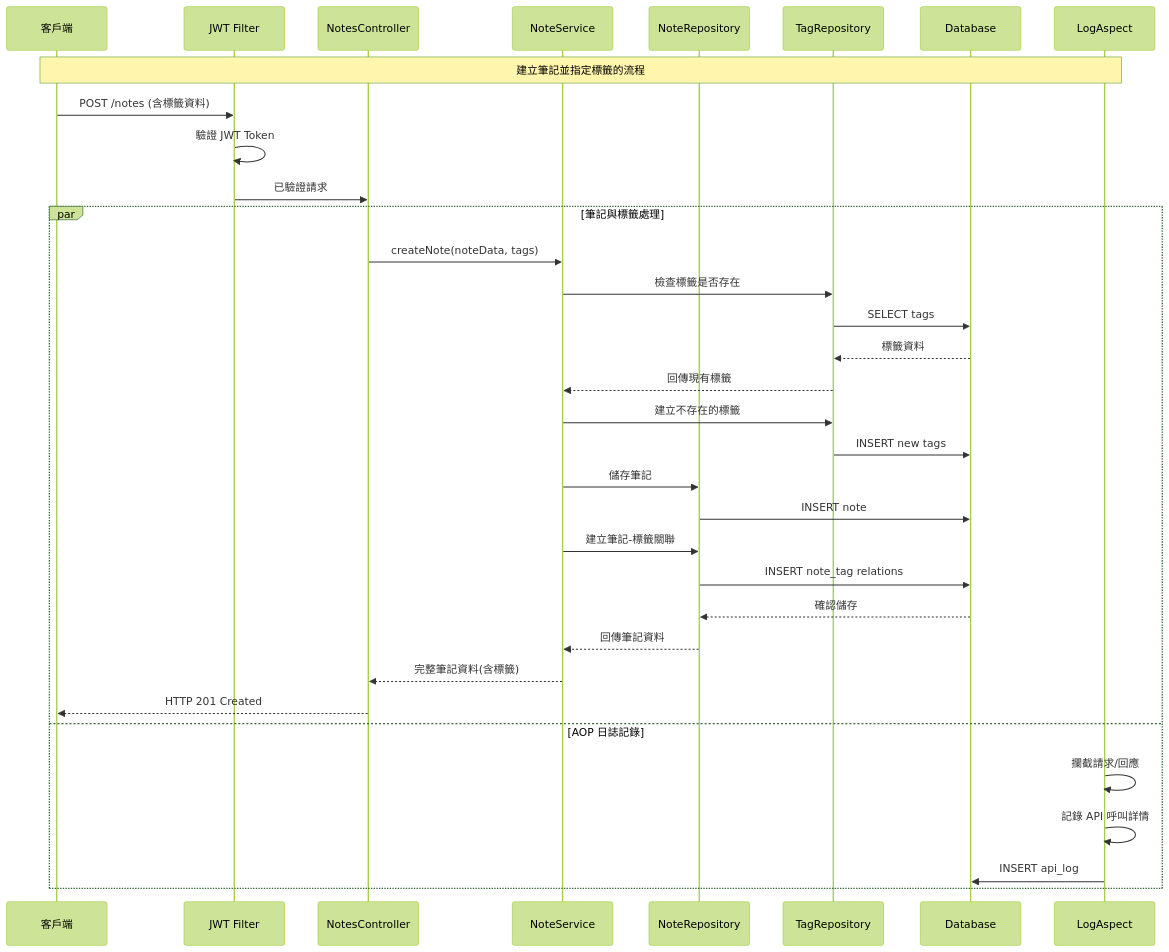
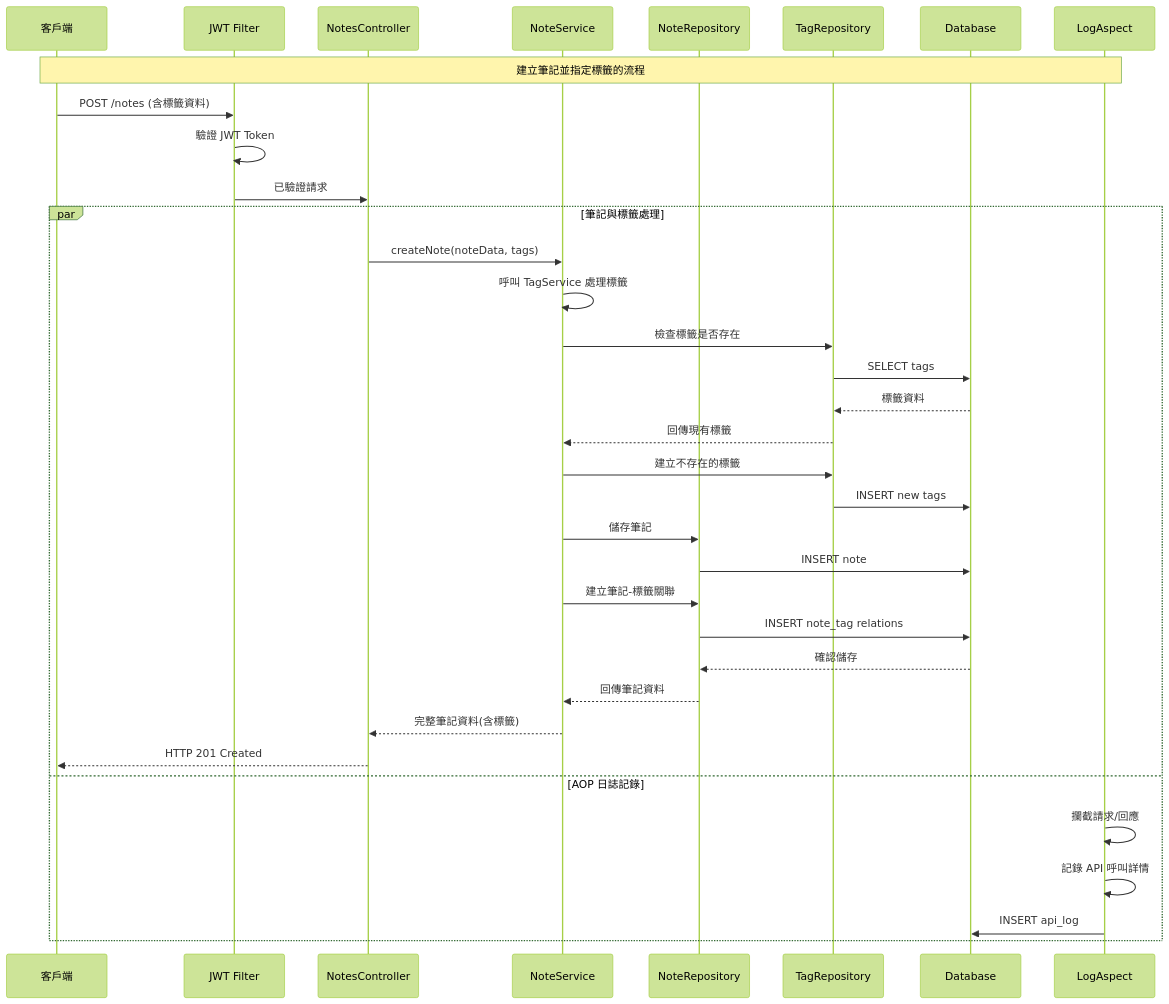
The second of 2 diagrams in README.md (jeannyChiu/learning-notes-api), drawn with Mermaid (forest theme) before and after one commit. The commit also changed other lines of this file, not shown here.

First line of the commit message:
fix: 修正架構圖中的 Controller 元件

````diff
--- a/README.md
+++ b/README.md
@@ -131,43 +131,44 @@
 ```mermaid
 sequenceDiagram
     participant C as 客戶端
     participant F as JWT Filter
     participant NC as NotesController
     participant NS as NoteService
     participant NR as NoteRepository
     participant TR as TagRepository
     participant DB as Database
     participant AOP as LogAspect
 
     Note over C,AOP: 建立筆記並指定標籤的流程
 
     C->>F: POST /notes (含標籤資料)
     F->>F: 驗證 JWT Token
     F->>NC: 已驗證請求
     
     par 筆記與標籤處理
         NC->>NS: createNote(noteData, tags)
+        NS->>NS: 呼叫 TagService 處理標籤
         NS->>TR: 檢查標籤是否存在
         TR->>DB: SELECT tags
         DB-->>TR: 標籤資料
         TR-->>NS: 回傳現有標籤
         
         NS->>TR: 建立不存在的標籤
         TR->>DB: INSERT new tags
         
         NS->>NR: 儲存筆記
         NR->>DB: INSERT note
         
         NS->>NR: 建立筆記-標籤關聯
         NR->>DB: INSERT note_tag relations
         
         DB-->>NR: 確認儲存
         NR-->>NS: 回傳筆記資料
         NS-->>NC: 完整筆記資料(含標籤)
         NC-->>C: HTTP 201 Created
     and AOP 日誌記錄
         AOP->>AOP: 攔截請求/回應
         AOP->>AOP: 記錄 API 呼叫詳情
         AOP->>DB: INSERT api_log
     end
 ```
````
